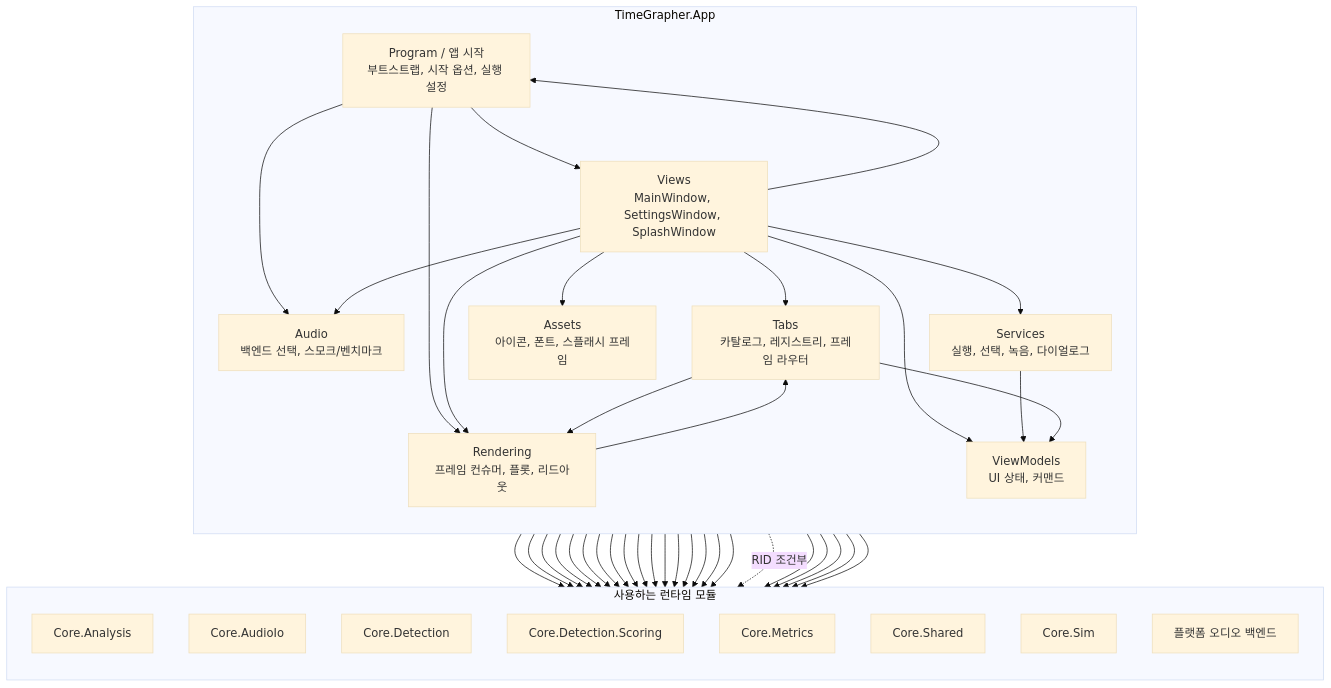
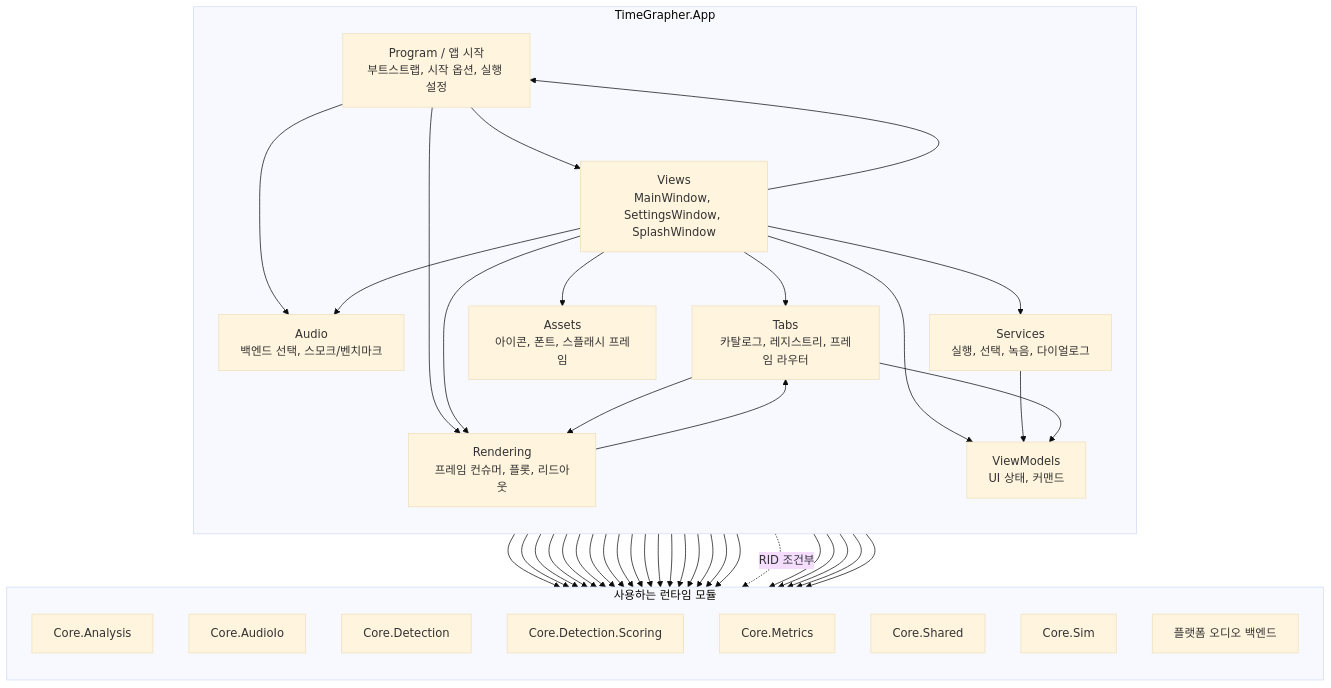
The second of 3 diagrams in docs/for-ai/MODULE_USES_VIEW.md (Jae-hong-5/TimeGrapher-Net), drawn with Mermaid (base theme) before and after one commit. The commit also changed other lines of this file, not shown here.

First line of the commit message:
docs(module-uses): record ViewModels->Core.Analysis and App.Tests Core use

````diff
--- a/docs/for-ai/MODULE_USES_VIEW.md
+++ b/docs/for-ai/MODULE_USES_VIEW.md
@@ -94,70 +94,71 @@
 ```mermaid
 flowchart TB
     subgraph App["TimeGrapher.App"]
         direction TB
         Program["Program / 앱 시작<br/>부트스트랩, 시작 옵션, 실행 설정"]
         Views["Views<br/>MainWindow, SettingsWindow, SplashWindow"]
         ViewModels["ViewModels<br/>UI 상태, 커맨드"]
         Services["Services<br/>실행, 선택, 녹음, 다이얼로그"]
         Audio["Audio<br/>백엔드 선택, 스모크/벤치마크"]
         Tabs["Tabs<br/>카탈로그, 레지스트리, 프레임 라우터"]
         Rendering["Rendering<br/>프레임 컨슈머, 플롯, 리드아웃"]
         Assets["Assets<br/>아이콘, 폰트, 스플래시 프레임"]
     end
 
     subgraph UsedRuntime["사용하는 런타임 모듈"]
         direction TB
         CoreAnalysis["Core.Analysis"]
         CoreAudioIo["Core.AudioIo"]
         CoreDetection["Core.Detection"]
         CoreScoring["Core.Detection.Scoring"]
         CoreMetrics["Core.Metrics"]
         CoreShared["Core.Shared"]
         CoreSim["Core.Sim"]
         PlatformAudio["플랫폼 오디오 백엔드"]
     end
 
     Program --> Views
     Program --> Audio
     Program --> Rendering
     Program --> CoreAnalysis
     Program --> CoreAudioIo
     Program --> CoreScoring
     Program --> CoreShared
 
     Views --> Program
     Views --> ViewModels
     Views --> Services
     Views --> Audio
     Views --> Tabs
     Views --> Rendering
     Views --> CoreAudioIo
     Views --> CoreDetection
     Views --> CoreShared
     Views --> CoreSim
     Views --> Assets
 
+    ViewModels --> CoreAnalysis
     ViewModels --> CoreShared
 
     Services --> ViewModels
     Services --> CoreAnalysis
     Services --> CoreAudioIo
     Services --> CoreMetrics
     Services --> CoreShared
 
     Audio --> CoreAnalysis
     Audio --> CoreAudioIo
     Audio --> CoreShared
     Audio --> CoreSim
     Audio -. "RID 조건부" .-> PlatformAudio
 
     Tabs --> ViewModels
     Tabs --> Rendering
     Tabs --> CoreAnalysis
     Tabs --> CoreShared
 
     Rendering --> Tabs
     Rendering --> CoreAnalysis
     Rendering --> CoreMetrics
     Rendering --> CoreShared
 ```
````
